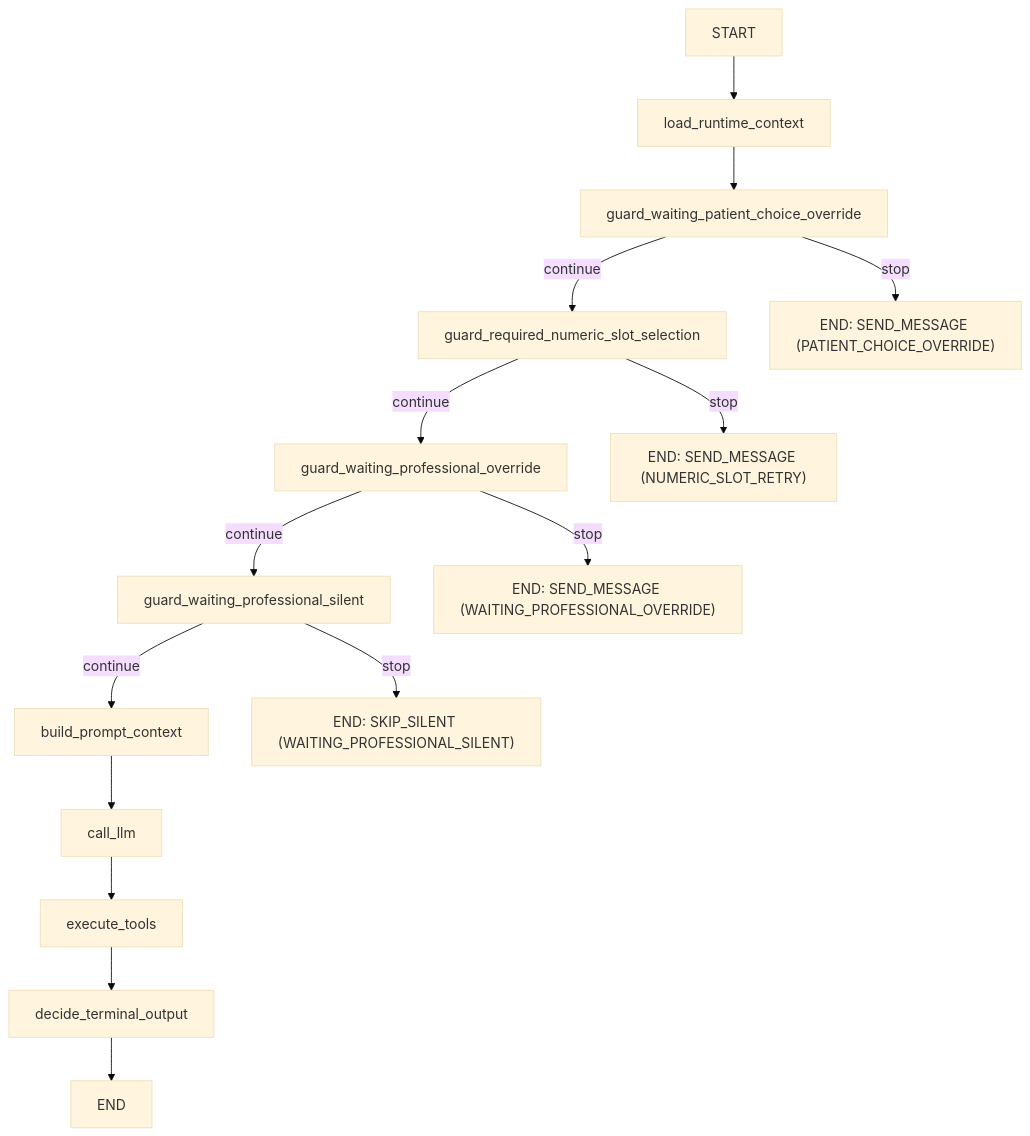
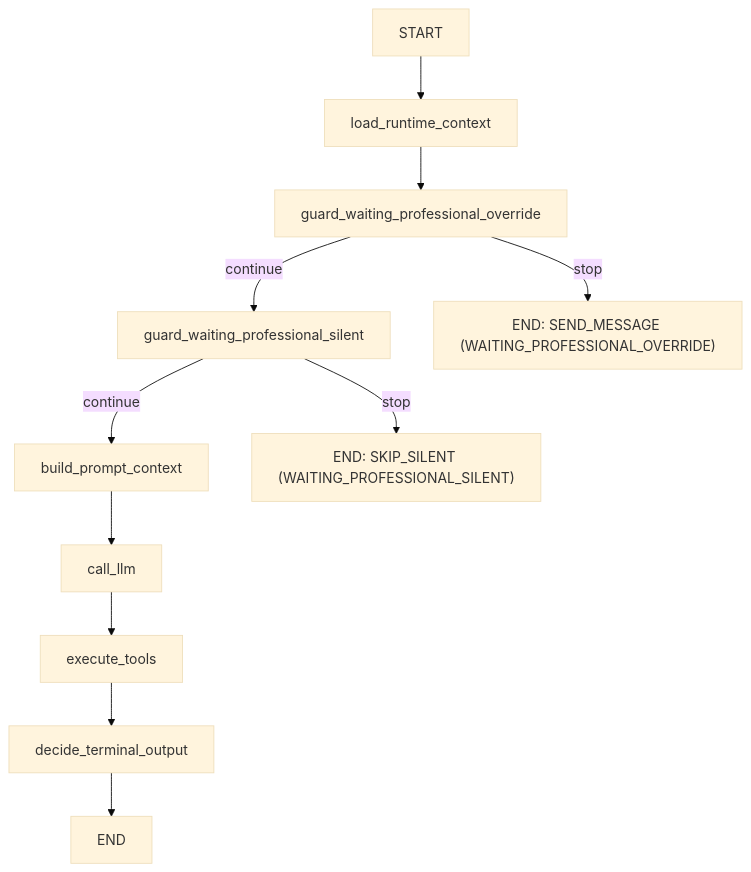
Before and after one commit to jval7/ai-agent: the first of 2 diagrams in docs/BACKEND_CONTEXT.md, drawn with Mermaid (base theme). The commit also changed other lines of this file and 42 other files, not shown here.

First line of the commit message:
feat: slot picker UI, sandbox toggle, guard elimination, prompt refinements

````diff
--- a/docs/BACKEND_CONTEXT.md
+++ b/docs/BACKEND_CONTEXT.md
@@ -72,22 +72,16 @@
 ```mermaid
 flowchart TD
     A["START"] --> B["load_runtime_context"]
-    B --> C["guard_waiting_patient_choice_override"]
+    B --> C["guard_waiting_professional_override"]
 
-    C -->|continue| D["guard_required_numeric_slot_selection"]
-    C -->|stop| Z1["END: SEND_MESSAGE (PATIENT_CHOICE_OVERRIDE)"]
+    C -->|continue| D["guard_waiting_professional_silent"]
+    C -->|stop| Z1["END: SEND_MESSAGE (WAITING_PROFESSIONAL_OVERRIDE)"]
 
-    D -->|continue| E["guard_waiting_professional_override"]
-    D -->|stop| Z2["END: SEND_MESSAGE (NUMERIC_SLOT_RETRY)"]
+    D -->|continue| E["build_prompt_context"]
+    D -->|stop| Z2["END: SKIP_SILENT (WAITING_PROFESSIONAL_SILENT)"]
 
-    E -->|continue| F["guard_waiting_professional_silent"]
-    E -->|stop| Z3["END: SEND_MESSAGE (WAITING_PROFESSIONAL_OVERRIDE)"]
-
-    F -->|continue| G["build_prompt_context"]
-    F -->|stop| Z4["END: SKIP_SILENT (WAITING_PROFESSIONAL_SILENT)"]
-
-    G --> H["call_llm"]
-    H --> I["execute_tools"]
-    I --> J["decide_terminal_output"]
-    J --> K["END"]
+    E --> F["call_llm"]
+    F --> G["execute_tools"]
+    G --> H["decide_terminal_output"]
+    H --> I["END"]
 ```
````
